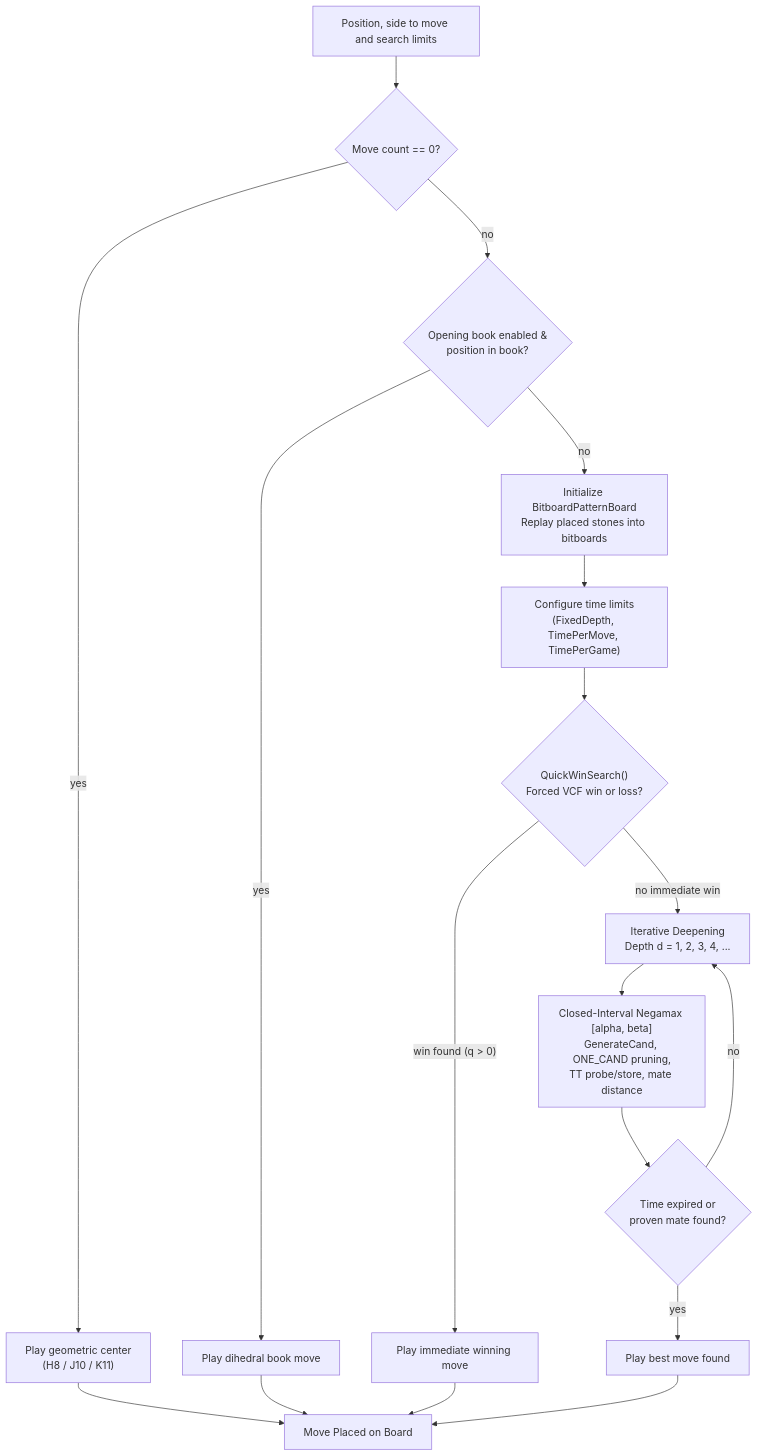
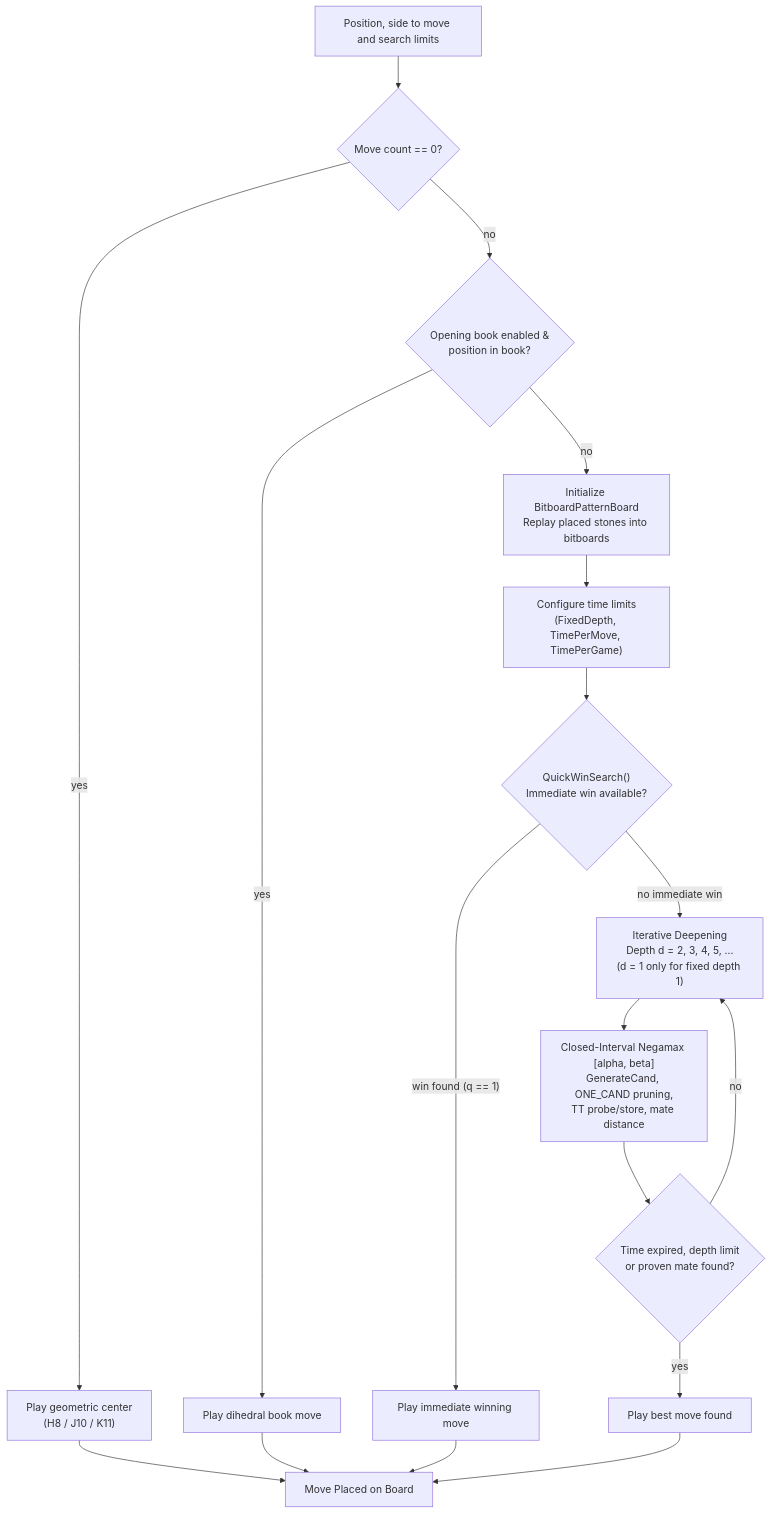
The first of 2 diagrams in docs/brain/README.md (cjp-dev/Gomoku), drawn with Mermaid before and after one commit. The commit also changed other lines of this file and 26 other files, not shown here.

````diff
--- a/docs/brain/README.md
+++ b/docs/brain/README.md
@@ -22,20 +22,20 @@
 ```mermaid
 flowchart TD
     Start["Position, side to move and search limits"] --> Opening{"Move count == 0?"}
     Opening -- "yes" --> Center["Play geometric center<br/>(H8 / J10 / K11)"]
     Opening -- "no" --> BookCheck{"Opening book enabled &amp;<br/>position in book?"}
     BookCheck -- "yes" --> BookMove["Play dihedral book move"]
     BookCheck -- "no" --> Init["Initialize BitboardPatternBoard<br/>Replay placed stones into bitboards"]
     Init --> Limits["Configure time limits<br/>(FixedDepth, TimePerMove, TimePerGame)"]
-    Limits --> VCF{"QuickWinSearch()<br/>Forced VCF win or loss?"}
-    VCF -- "win found (q &gt; 0)" --> PlayWin["Play immediate winning move"]
-    VCF -- "no immediate win" --> Iter["Iterative Deepening<br/>Depth d = 1, 2, 3, 4, ..."]
+    Limits --> VCF{"QuickWinSearch()<br/>Immediate win available?"}
+    VCF -- "win found (q == 1)" --> PlayWin["Play immediate winning move"]
+    VCF -- "no immediate win" --> Iter["Iterative Deepening<br/>Depth d = 2, 3, 4, 5, ...<br/>(d = 1 only for fixed depth 1)"]
     Iter --> Search["Closed-Interval Negamax [alpha, beta]<br/>GenerateCand, ONE_CAND pruning,<br/>TT probe/store, mate distance"]
-    Search --> TimeCheck{"Time expired or<br/>proven mate found?"}
+    Search --> TimeCheck{"Time expired, depth limit<br/>or proven mate found?"}
     TimeCheck -- "no" --> Iter
     TimeCheck -- "yes" --> Best["Play best move found"]
     Center --> Done["Move Placed on Board"]
     BookMove --> Done
     PlayWin --> Done
     Best --> Done
 ```
````
